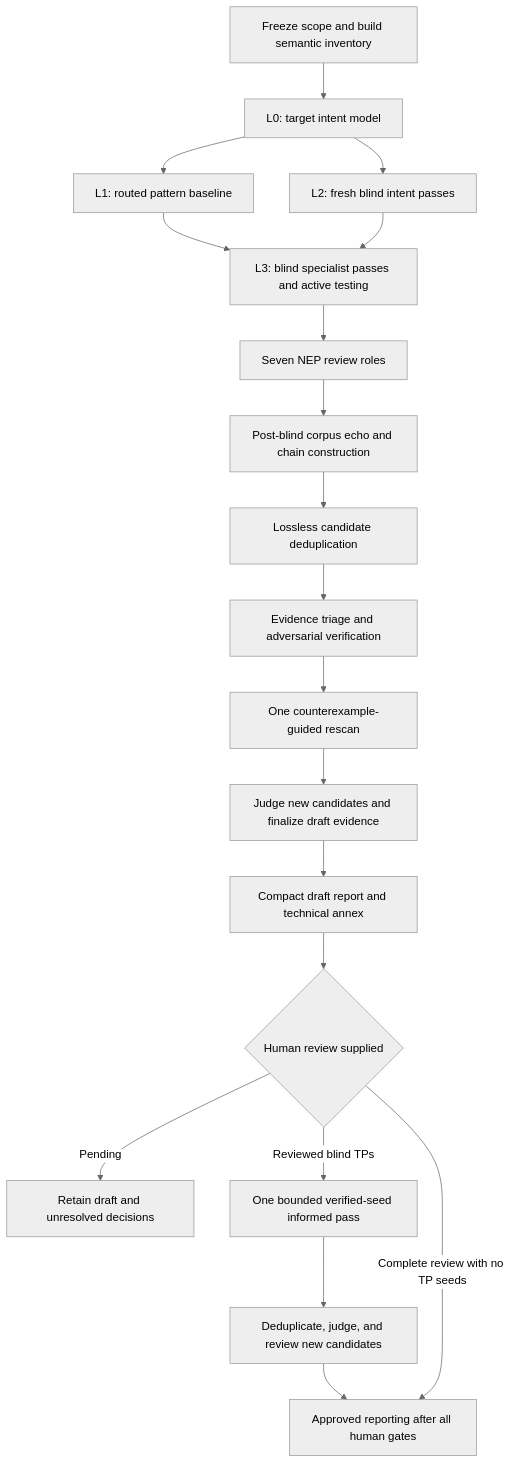
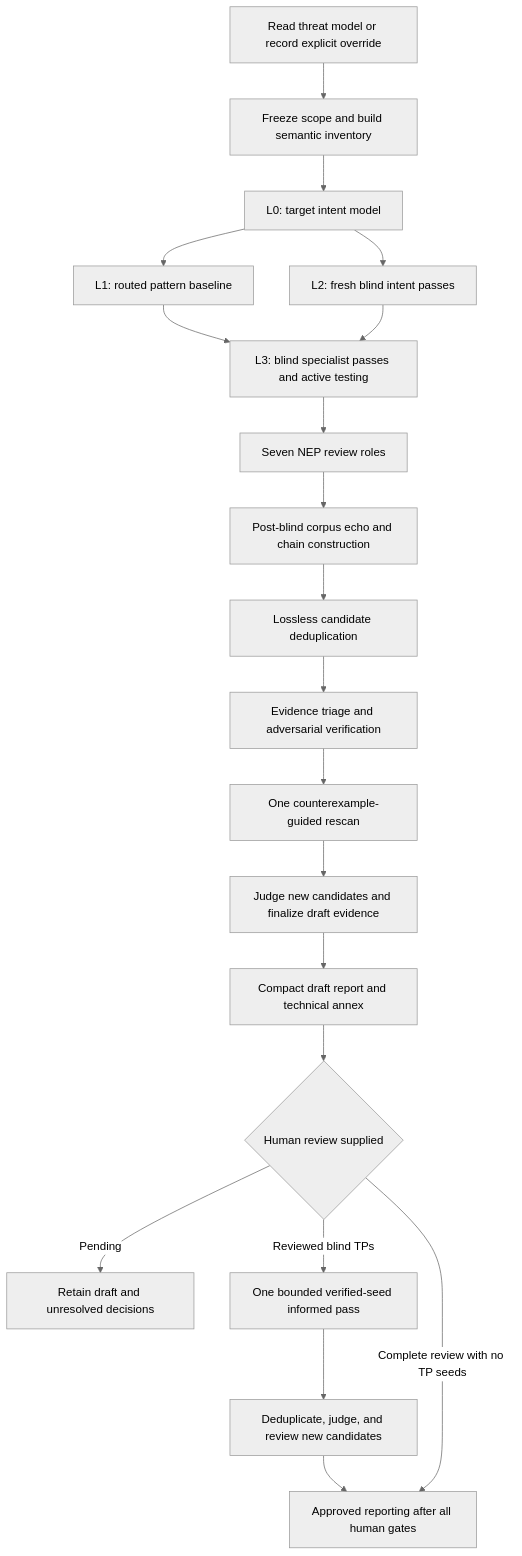
One commit to SlotZeroSecurity/slotzero-yoctoarmor changed the diagram in README.md. Above: the diagram before and after it, drawn with Mermaid (neutral theme). The commit also changed other lines of this file and 19 other files, not shown here.

Commit message:
feat: validate audit findings against target threat models

````diff
--- a/README.md
+++ b/README.md
@@ -211,21 +305,22 @@
 ```mermaid
 flowchart TD
-    A[Freeze scope and build semantic inventory] --> B[L0: target intent model]
+    TM[Read threat model or record explicit override] --> A[Freeze scope and build semantic inventory]
+    A --> B[L0: target intent model]
     B --> C[L1: routed pattern baseline]
     B --> D[L2: fresh blind intent passes]
     C --> E[L3: blind specialist passes and active testing]
     D --> E
     E --> F[Seven NEP review roles]
     F --> G[Post-blind corpus echo and chain construction]
     G --> H[Lossless candidate deduplication]
     H --> I[Evidence triage and adversarial verification]
     I --> J[One counterexample-guided rescan]
     J --> K[Judge new candidates and finalize draft evidence]
     K --> L[Compact draft report and technical annex]
     L --> M{Human review supplied}
     M -->|Pending| N[Retain draft and unresolved decisions]
     M -->|Reviewed blind TPs| O[One bounded verified-seed informed pass]
     O --> P[Deduplicate, judge, and review new candidates]
     P --> Q[Approved reporting after all human gates]
     M -->|Complete review with no TP seeds| Q
 ```
````
